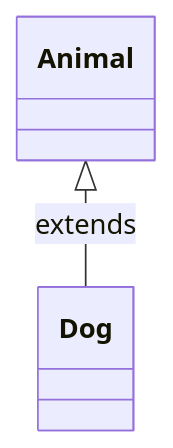
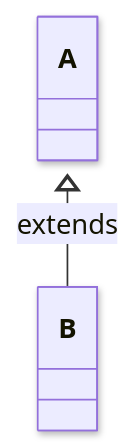
Before and after one commit to ojitha/ojitha.github.io: the tenth of 15 diagrams in _posts/2025-07-25-Scala-basics.md, drawn with Mermaid. The commit also changed other lines of this file and 2 other files, not shown here.

````diff
--- a/_posts/2025-07-25-Scala-basics.md
+++ b/_posts/2025-07-25-Scala-basics.md
@@ -2424,9 +2762,9 @@
 ```mermaid
 ---
 config:
-  look: classic
+  look: neo
   theme: default
 ---
 classDiagram
-    Animal <|-- Dog : extends
+    A <|-- B : extends
 ```
````
